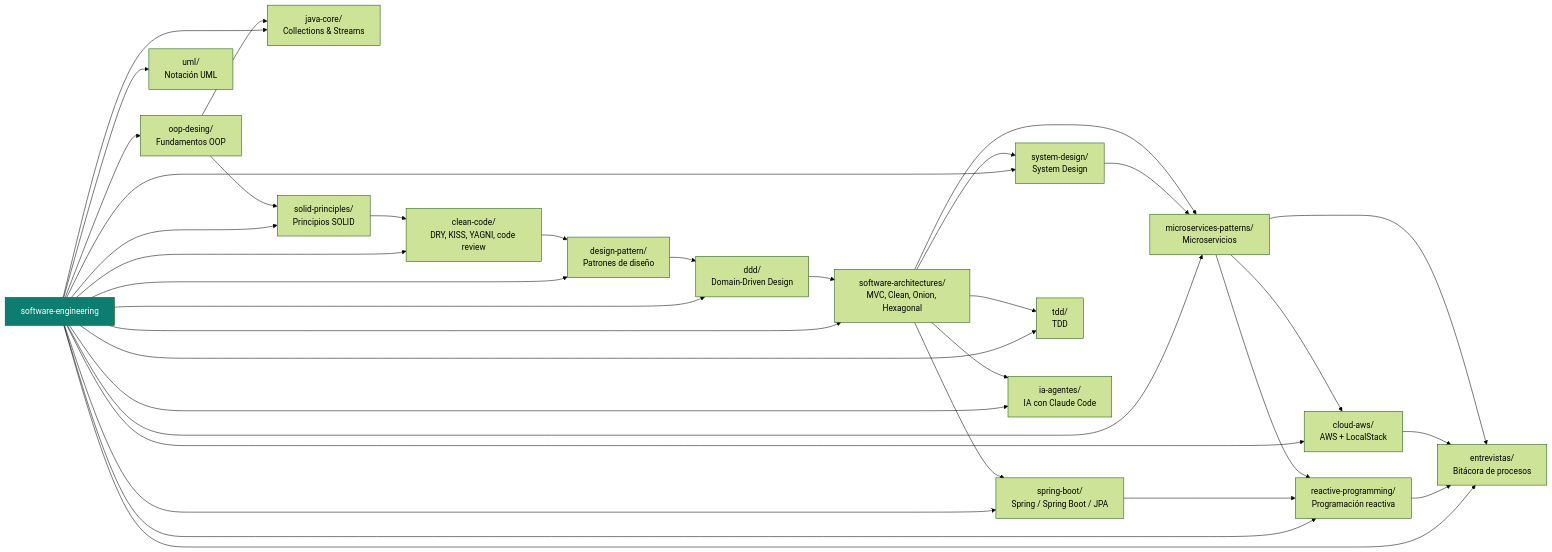
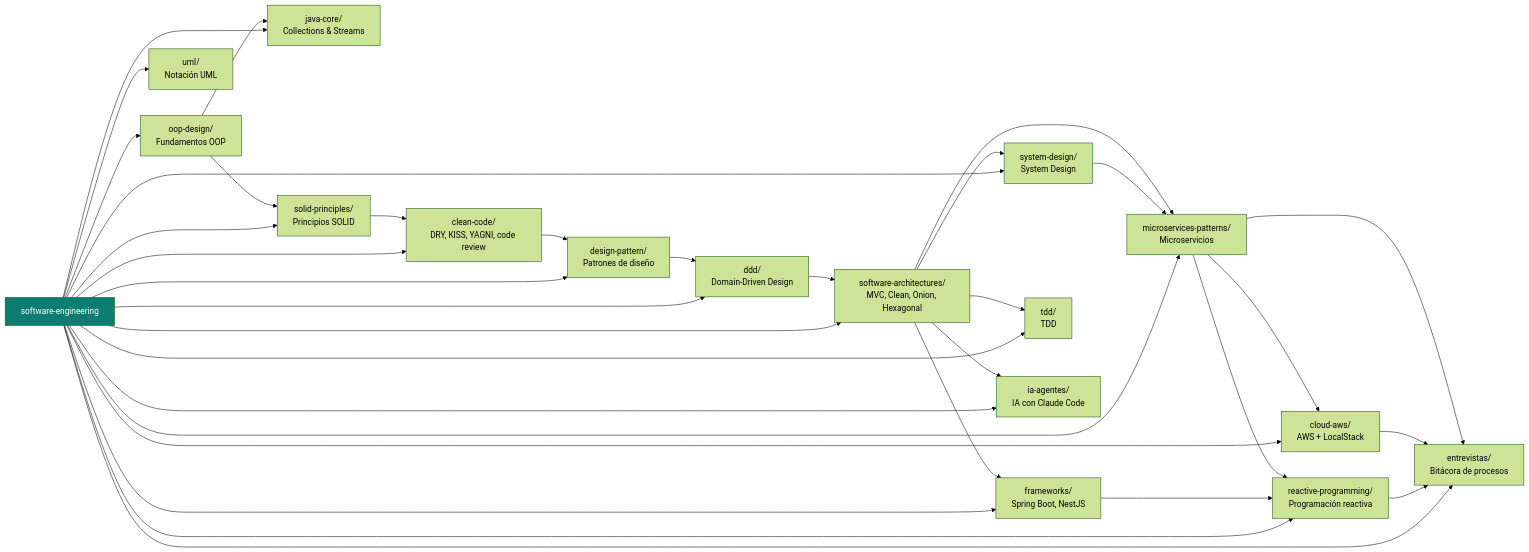
One commit to edzamo/software-engineering changed the diagram in README.md. Above: the diagram before and after it, drawn with Mermaid (forest theme). The commit also changed other lines of this file and 30 other files, not shown here.

Commit message:
Add comprehensive documentation on NestJS persistence with TypeORM and Prisma, request lifecycle mechanisms, Spring Security authentication and authorization, SQL vs NoSQL databases, and API styles including REST, GraphQL, and gRPC.

````diff
--- a/README.md
+++ b/README.md
@@ -9,42 +9,42 @@
 ```mermaid
 graph LR
     root["software-engineering"]
 
-    root --> oop["oop-desing/<br/>Fundamentos OOP"]
+    root --> oop["oop-design/<br/>Fundamentos OOP"]
     root --> javacore["java-core/<br/>Collections &amp; Streams"]
     root --> solid["solid-principles/<br/>Principios SOLID"]
     root --> cc["clean-code/<br/>DRY, KISS, YAGNI, code review"]
     root --> dp["design-pattern/<br/>Patrones de diseño"]
     root --> ddd["ddd/<br/>Domain-Driven Design"]
     root --> uml["uml/<br/>Notación UML"]
     root --> arch["software-architectures/<br/>MVC, Clean, Onion, Hexagonal"]
     root --> sysdes["system-design/<br/>System Design"]
     root --> micro["microservices-patterns/<br/>Microservicios"]
-    root --> springboot["spring-boot/<br/>Spring / Spring Boot / JPA"]
+    root --> frameworks["frameworks/<br/>Spring Boot, NestJS"]
     root --> reactive["reactive-programming/<br/>Programación reactiva"]
     root --> aws["cloud-aws/<br/>AWS + LocalStack"]
     root --> tdd["tdd/<br/>TDD"]
     root --> ia["ia-agentes/<br/>IA con Claude Code"]
     root --> entrevistas["entrevistas/<br/>Bitácora de procesos"]
 
     oop --> javacore
     oop --> solid
     solid --> cc
     cc --> dp
     dp --> ddd
     ddd --> arch
     arch --> sysdes
     sysdes --> micro
     arch --> micro
-    arch --> springboot
-    springboot --> reactive
+    arch --> frameworks
+    frameworks --> reactive
     micro --> reactive
     micro --> aws
     arch --> tdd
     arch --> ia
     reactive --> entrevistas
     aws --> entrevistas
     micro --> entrevistas
 
     style root fill:#0d7d72,color:#fff
 ```
````
